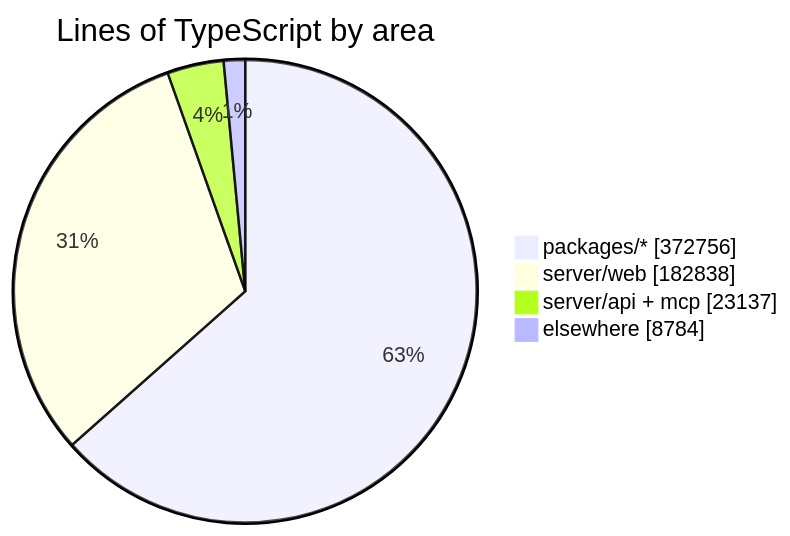
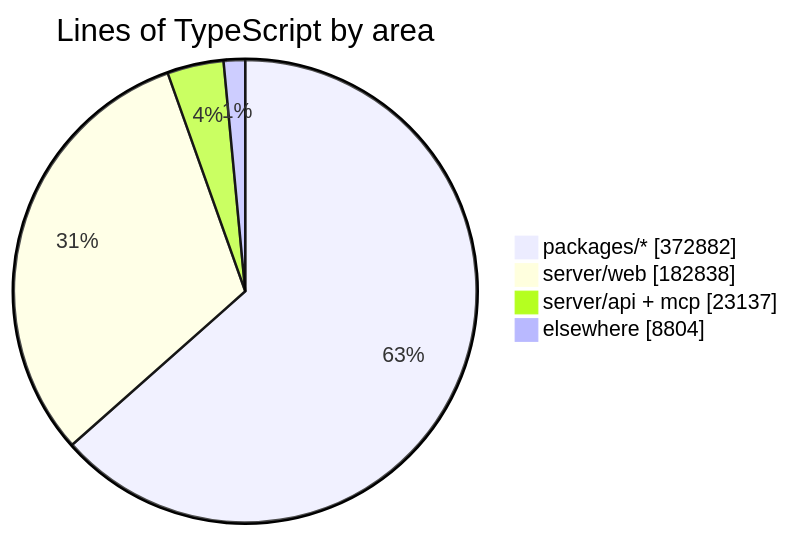
Before and after one commit to crossworks-engineering/mantle: the diagram in README.md, drawn with Mermaid. The commit also changed other lines of this file and 2 other files, not shown here.

````diff
--- a/README.md
+++ b/README.md
@@ -294,7 +294,7 @@
 ```mermaid
 pie showData title Lines of TypeScript by area
-    "packages/*" : 372756
+    "packages/*" : 372882
     "server/web" : 182838
     "server/api + mcp" : 23137
-    "elsewhere" : 8784
+    "elsewhere" : 8804
 ```
````
